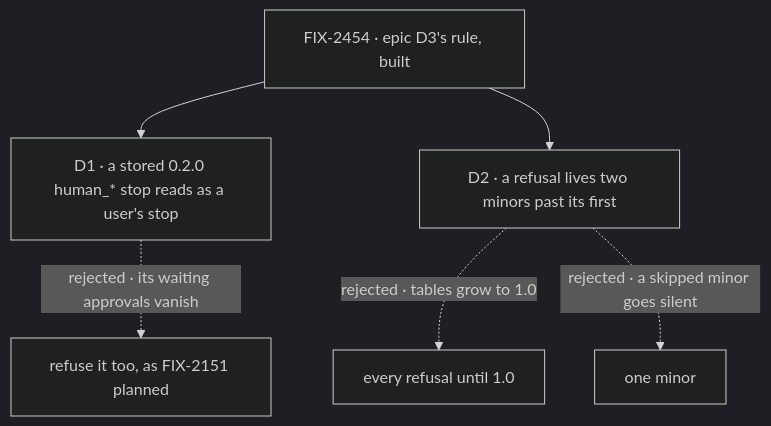
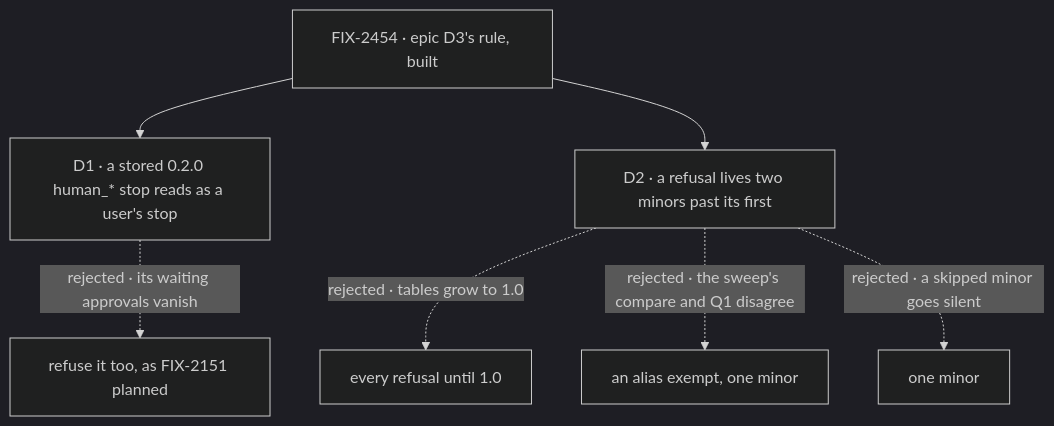
One commit to fixpoint-labs/flow-state-dev changed the diagram in specs/issues/FIX-2454/DECISIONS.md. Above: the diagram before and after it, drawn with Mermaid (dark theme). The commit also changed other lines of this file and 2 other files, not shown here.

````diff
--- a/specs/issues/FIX-2454/DECISIONS.md
+++ b/specs/issues/FIX-2454/DECISIONS.md
@@ -10,8 +10,9 @@
 ```mermaid
 flowchart TD
   I["FIX-2454 · epic D3's rule, built"] --> D1["D1 · a stored 0.2.0 human_* stop reads as a user's stop"]
   D1 -.->|"rejected · its waiting approvals vanish"| X1["refuse it too, as FIX-2151 planned"]
   I --> D2["D2 · a refusal lives two minors past its first"]
   D2 -.->|"rejected · tables grow to 1.0"| X2["every refusal until 1.0"]
+  D2 -.->|"rejected · the sweep's compare and Q1 disagree"| X4["an alias exempt, one minor"]
   D2 -.->|"rejected · a skipped minor goes silent"| X3["one minor"]
 ```
````
